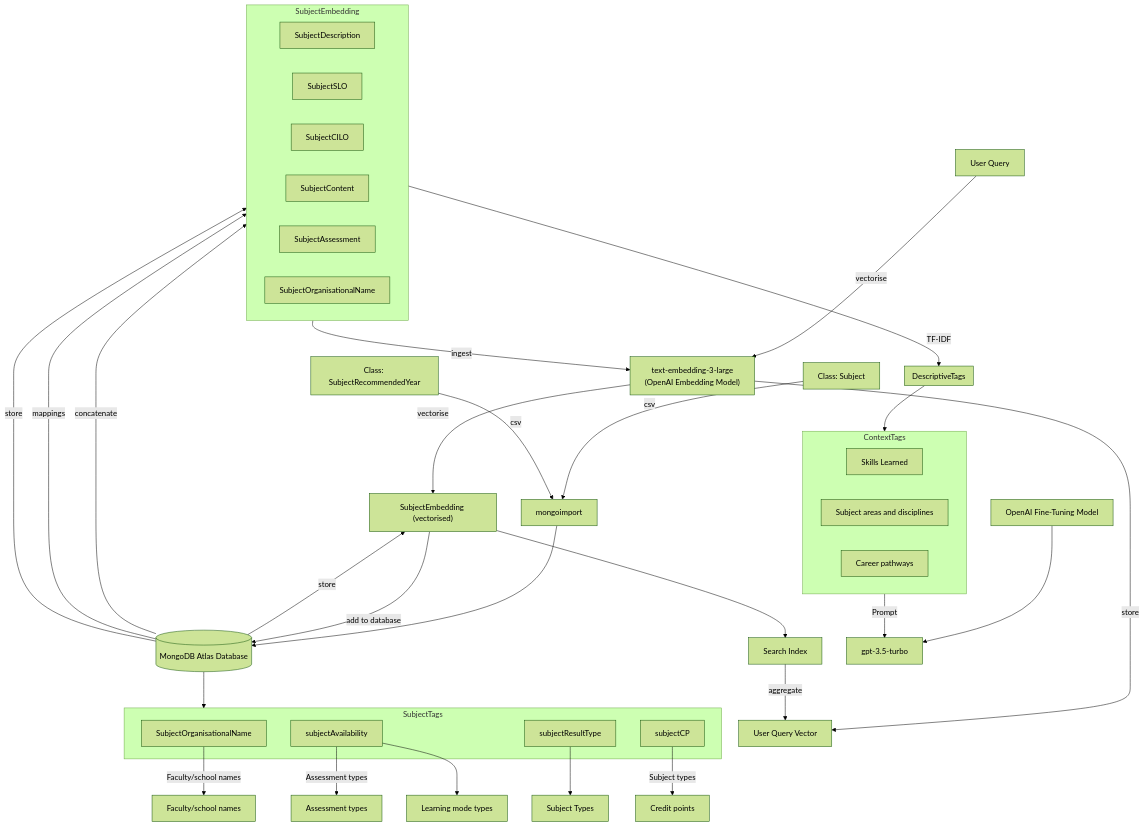
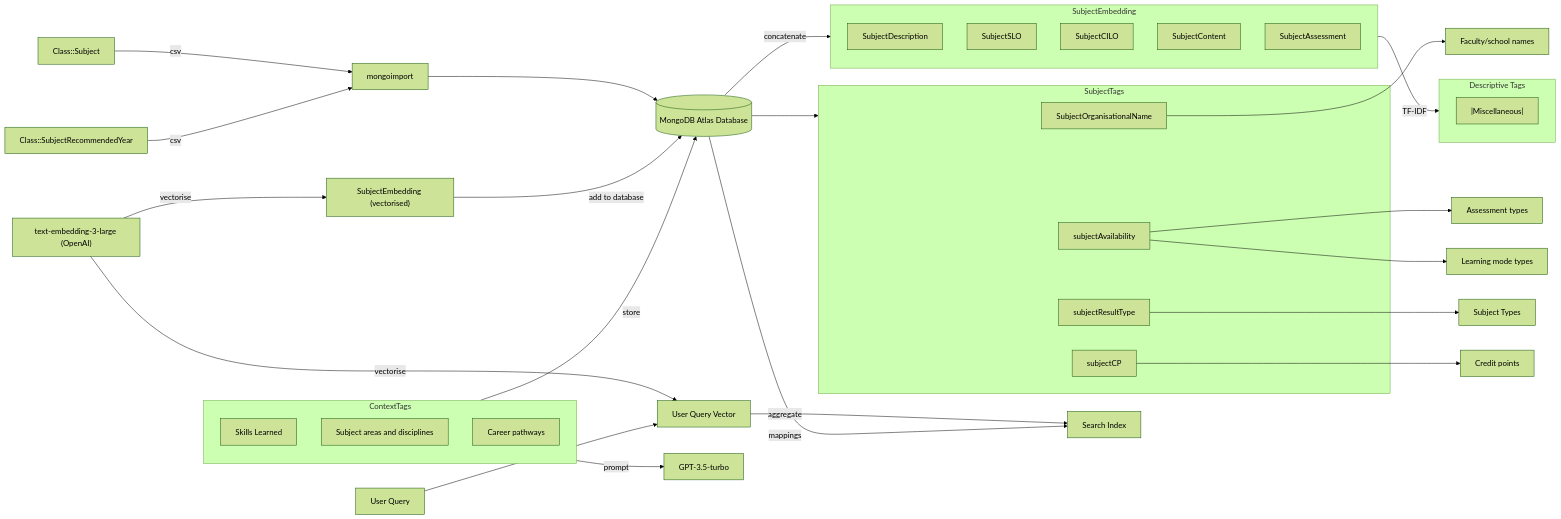
Before and after one commit to rodd7/NLP-Course-Recommender-System: the first of 3 diagrams in README.md, drawn with Mermaid (forest theme). The commit also changed other lines of this file, not shown here.

Commit message:
docs: redoing data indexation graph

````diff
--- a/README.md
+++ b/README.md
@@ -82,76 +83,68 @@
 ```mermaid
-flowchart TD
+    flowchart LR
+
     %% Input Classes
-    CS["Class: Subject"]
-    CRS["Class: SubjectRecommendedYear"]
+    CS["Class::Subject"]
+    CRS["Class::SubjectRecommendedYear"]
 
     %% mongoimport
     CS -->|csv| MI[mongoimport]
     CRS -->|csv| MI
     MI --> DB[(MongoDB Atlas Database)]
 
+    %% SubjectTags
+    subgraph STG ["SubjectTags"]
+        SON["SubjectOrganisationalName"]
+        SAV["subjectAvailability"]
+        SRT["subjectResultType"]
+        SCP["subjectCP"]
+    end
+
+    DB --> STG
+
+    %% seperated now should be linked by box
+    SON --> FSN["Faculty/school names"]
+    SAV --> AT["Assessment types"]
+    SAV --> LMT["Learning mode types"]
+    SRT --> SBT["Subject Types"]
+    SCP --> CPT["Credit points"]
+
+    SEV["SubjectEmbedding (vectorised)"] --> |add to database| DB
+    EMB["text-embedding-3-large (OpenAI)"] --> |vectorise| SEV
+    EMB --> |vectorise| UQV["User Query Vector"]
+    UQ["User Query"] --> UQV
+    UQV --> |aggregate| SI["Search Index"]
+    DB --> |mappings| SI
+
     %% SubjectEmbedding fields concatenated
-    DB -->|concatenate| SE
 
     subgraph SE ["SubjectEmbedding"]
         SD["SubjectDescription"]
         SLO["SubjectSLO"]
         CILO["SubjectCILO"]
         SC["SubjectContent"]
         SA["SubjectAssessment"]
         SON["SubjectOrganisationalName"]
     end
 
-    %% Vectorisation pipeline
-    SE -->|ingest| EMB["text-embedding-3-large\n(OpenAI Embedding Model)"]
-    EMB -->|vectorise| SEV["SubjectEmbedding (vectorised)"]
-    SEV -->|add to database| DB
-    DB -->|store| SEV
+    DB -->|concatenate| SE
 
-    %% Search Index
-    SEV --> SI[Search Index]
+    subgraph DT ["Descriptive Tags"]
+        EMPTY["|Miscellaneous|"]
+    end
 
-    %% TF-IDF Tags
-    SE -->|TF-IDF| DT
-
-    subgraph DT ["DescriptiveTags"]
-    end
+    SE --> |TF-IDF| DT
 
     subgraph CT ["ContextTags"]
         SKL["Skills Learned"]
         SAD["Subject areas and disciplines"]
         CP["Career pathways"]
     end
 
-    DT --> CT
-
-    %% Fine-tuning
-    CT -->|Prompt| GPT["gpt-3.5-turbo"]
-    OFT["OpenAI Fine-Tuning Model"] --> GPT
-
-    %% SubjectTags
-    DB --> STG
-
-    subgraph STG ["SubjectTags"]
-        SON2["SubjectOrganisationalName"]
-        SAV["subjectAvailability"]
-        SAV["subjectAvailability"]
-        SRT["subjectResultType"]
-        SCP["subjectCP"]
-    end
-
-    %% seperated now should be linked by box
-    SON2 -->|Faculty/school names| FSN["Faculty/school names"]
-    SAV -->|Assessment types| AT["Assessment types"]
-    SAV --> LMT["Learning mode types"]
-    SRT --> SBT["Subject Types"]
-    SCP -->|Subject types| CPT["Credit points"]
+    CT --> |store| DB
+    CT --> |prompt| GPT["GPT-3.5-turbo"]
 
 
-    %% User Query flow
-    UQ["User Query"] -->|vectorise| EMB
-    EMB -->|store| UQV["User Query Vector"]
-    SI -->|aggregate| UQV
-    DB -->|mappings| SE
-    DB -->|store| SE
+
+
 ```
````
